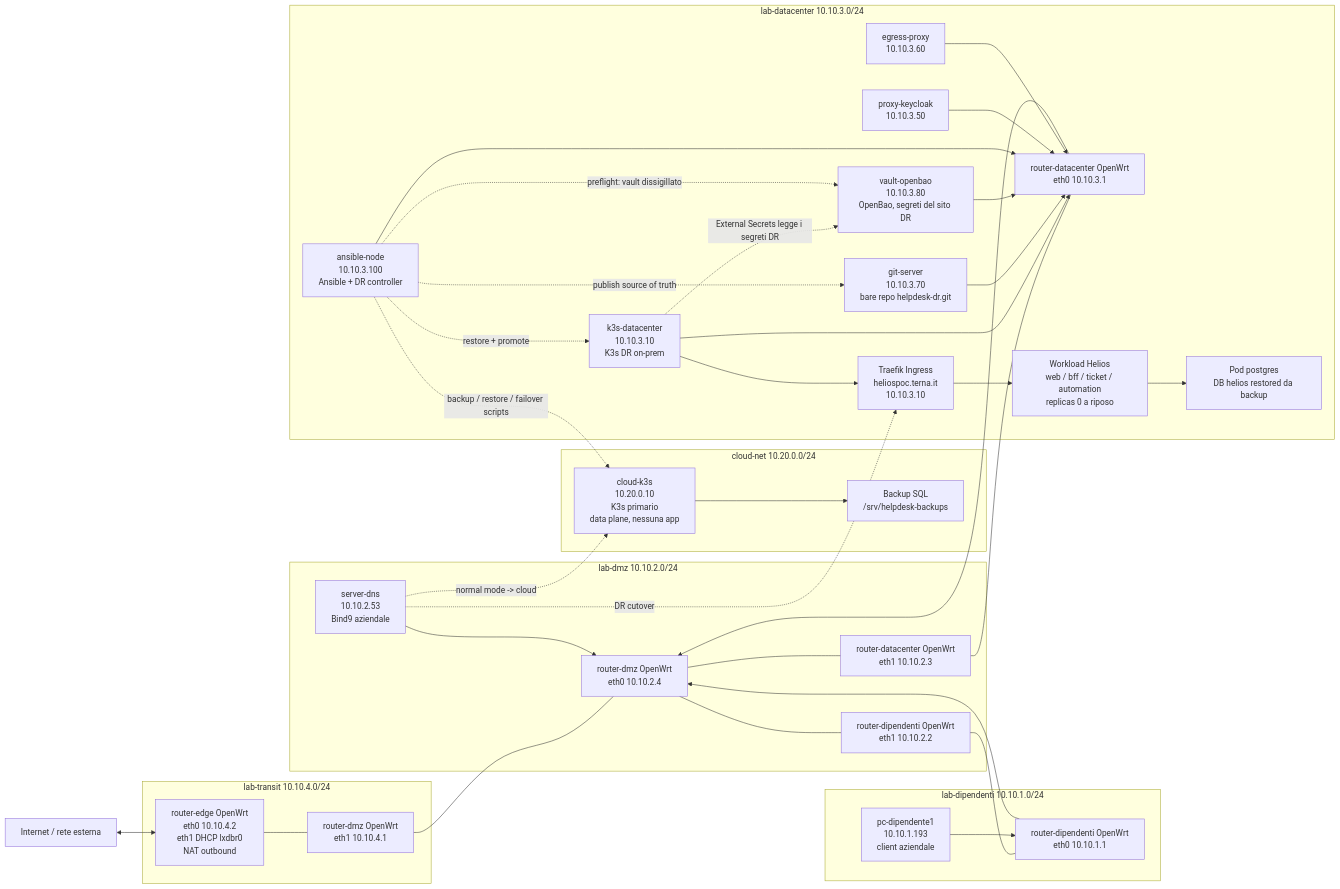
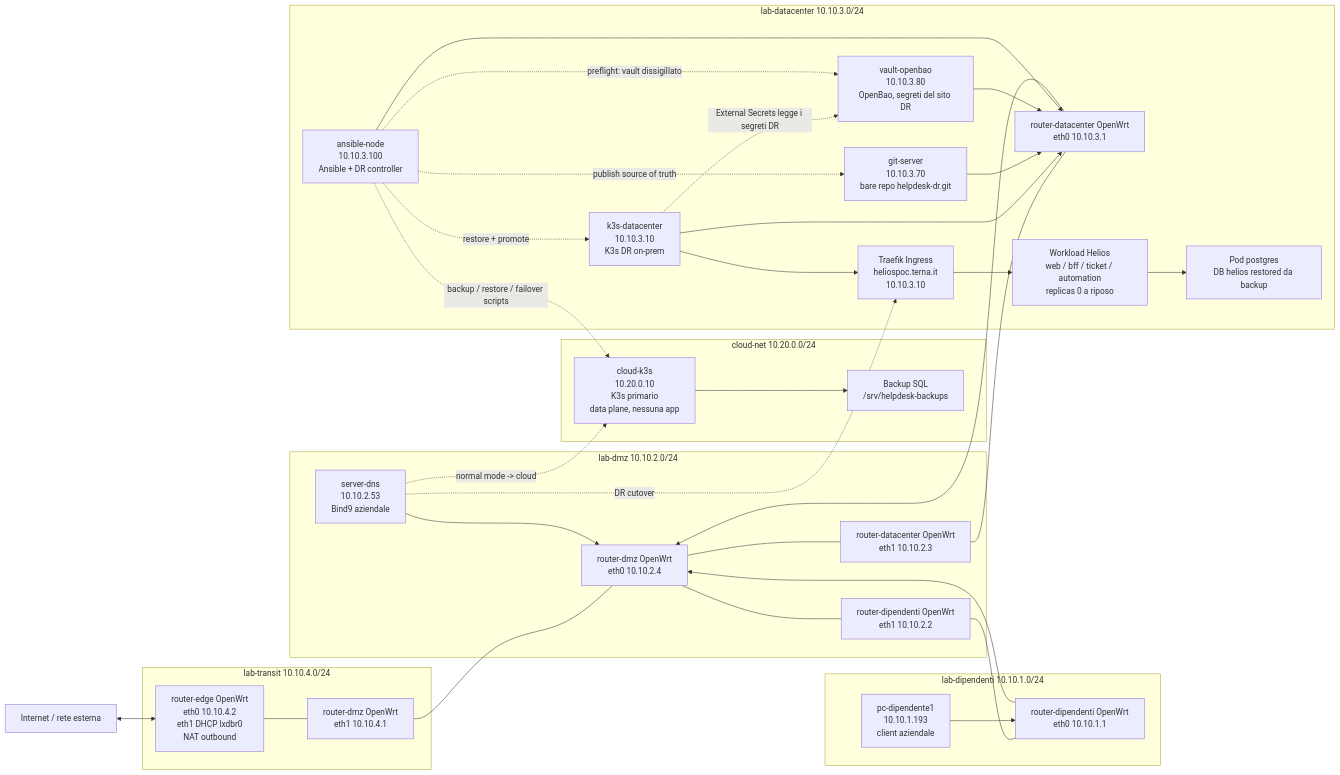
The first of 4 diagrams in automazione/topologia-progetto.md (LucaCatalano23/MultiCloud-strategy---Reverse-DR), drawn with Mermaid before and after one commit. The commit also changed other lines of this file and 5 other files, not shown here.

Commit message:
remove useless container (egress-proxy and proxy-keycloak

````diff
--- a/automazione/topologia-progetto.md
+++ b/automazione/topologia-progetto.md
@@ -9,70 +9,66 @@
 ```mermaid
 flowchart LR
   internet["Internet / rete esterna"]
 
   subgraph cloudnet["cloud-net 10.20.0.0/24"]
     cloudk3s["cloud-k3s\n10.20.0.10\nK3s primario\ndata plane, nessuna app"]
     cloudbackup["Backup SQL\n/srv/helpdesk-backups"]
     cloudk3s --> cloudbackup
   end
 
   subgraph transit["lab-transit 10.10.4.0/24"]
     redge["router-edge OpenWrt\neth0 10.10.4.2\neth1 DHCP lxdbr0\nNAT outbound"]
     rdmz_t["router-dmz OpenWrt\neth1 10.10.4.1"]
   end
 
   subgraph dmz["lab-dmz 10.10.2.0/24"]
     rdmz["router-dmz OpenWrt\neth0 10.10.2.4"]
     rdip_d["router-dipendenti OpenWrt\neth1 10.10.2.2"]
     rdc_d["router-datacenter OpenWrt\neth1 10.10.2.3"]
     dns["server-dns\n10.10.2.53\nBind9 aziendale"]
   end
 
   subgraph dip["lab-dipendenti 10.10.1.0/24"]
     rdip["router-dipendenti OpenWrt\neth0 10.10.1.1"]
     pc1["pc-dipendente1\n10.10.1.193\nclient aziendale"]
   end
 
   subgraph dc["lab-datacenter 10.10.3.0/24"]
     rdc["router-datacenter OpenWrt\neth0 10.10.3.1"]
     onpremk3s["k3s-datacenter\n10.10.3.10\nK3s DR on-prem"]
-    keycloak["proxy-keycloak\n10.10.3.50"]
-    egress["egress-proxy\n10.10.3.60"]
     git["git-server\n10.10.3.70\nbare repo helpdesk-dr.git"]
     vault["vault-openbao\n10.10.3.80\nOpenBao, segreti del sito DR"]
     ansible["ansible-node\n10.10.3.100\nAnsible + DR controller"]
     onpreming["Traefik Ingress\nheliospoc.terna.it\n10.10.3.10"]
     onpremapp["Workload Helios\nweb / bff / ticket / automation\nreplicas 0 a riposo"]
     onprempg["Pod postgres\nDB helios restored da backup"]
     onpremk3s --> onpreming
     onpreming --> onpremapp
     onpremapp --> onprempg
   end
 
   internet <--> redge
   redge --- rdmz_t
   rdmz_t --- rdmz
   rdmz --- rdip_d
   rdmz --- rdc_d
   rdip_d --- rdip
   rdc_d --- rdc
 
   pc1 --> rdip
   rdip --> rdmz
   rdc --> rdmz
   onpremk3s --> rdc
   git --> rdc
   vault --> rdc
   ansible --> rdc
-  keycloak --> rdc
-  egress --> rdc
   dns --> rdmz
 
   onpremk3s -. "External Secrets legge i segreti DR" .-> vault
   ansible -. "publish source of truth" .-> git
   ansible -. "backup / restore / failover scripts" .-> cloudk3s
   ansible -. "restore + promote" .-> onpremk3s
   ansible -. "preflight: vault dissigillato" .-> vault
   dns -. "normal mode -> cloud" .-> cloudk3s
   dns -. "DR cutover" .-> onpreming
 ```
````
